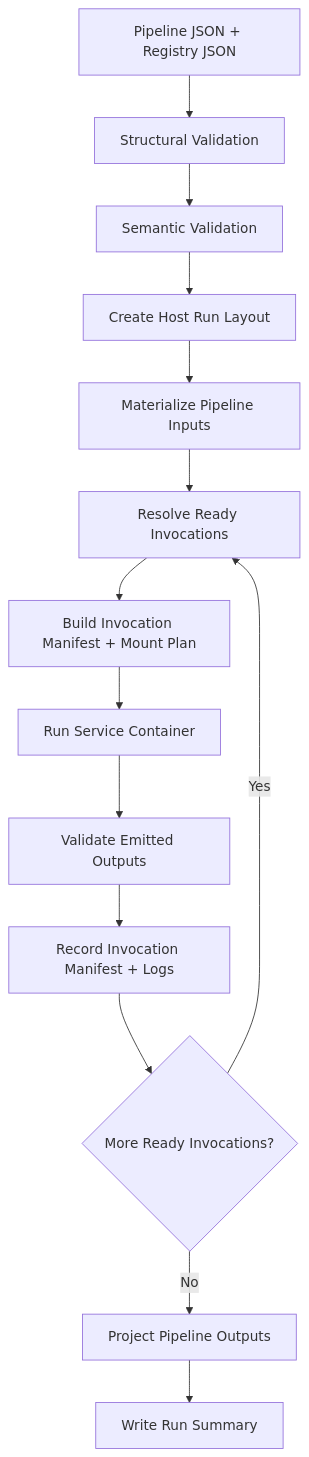
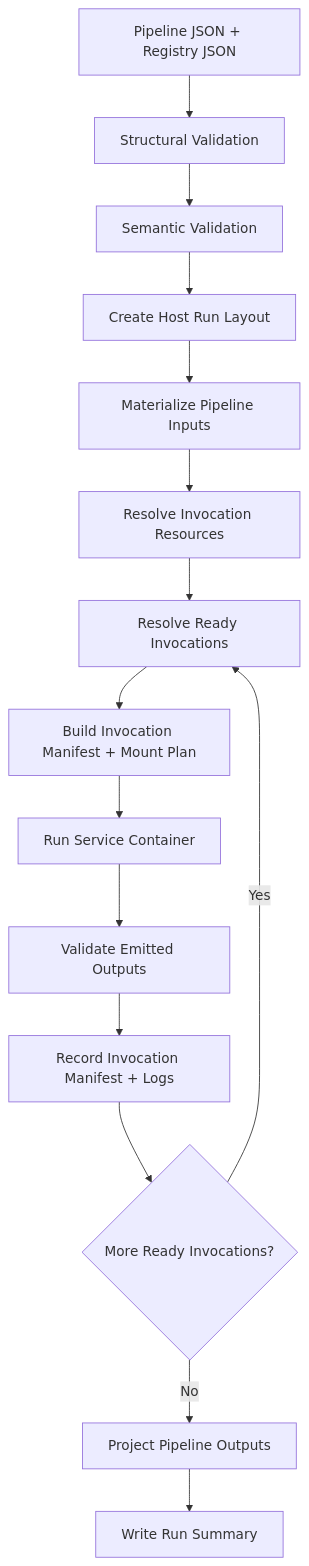
The diagram in docs/components/engine/linksmith-engine.md (LiamCarver/LinkSmith), drawn with Mermaid before and after one commit. The commit also changed other lines of this file and 3 other files, not shown here.

Commit message:
Model invocation-scoped pipeline resources

````diff
--- a/docs/components/engine/linksmith-engine.md
+++ b/docs/components/engine/linksmith-engine.md
@@ -266,16 +275,17 @@
 ```mermaid
 flowchart TD
     A["Pipeline JSON + Registry JSON"] --> B["Structural Validation"]
     B --> C["Semantic Validation"]
     C --> D["Create Host Run Layout"]
     D --> E["Materialize Pipeline Inputs"]
-    E --> F["Resolve Ready Invocations"]
-    F --> G["Build Invocation Manifest + Mount Plan"]
-    G --> H["Run Service Container"]
-    H --> I["Validate Emitted Outputs"]
-    I --> J["Record Invocation Manifest + Logs"]
-    J --> K{"More Ready Invocations?"}
-    K -->|Yes| F
-    K -->|No| L["Project Pipeline Outputs"]
-    L --> M["Write Run Summary"]
+    E --> F["Resolve Invocation Resources"]
+    F --> G["Resolve Ready Invocations"]
+    G --> H["Build Invocation Manifest + Mount Plan"]
+    H --> I["Run Service Container"]
+    I --> J["Validate Emitted Outputs"]
+    J --> K["Record Invocation Manifest + Logs"]
+    K --> L{"More Ready Invocations?"}
+    L -->|Yes| G
+    L -->|No| M["Project Pipeline Outputs"]
+    M --> N["Write Run Summary"]
 ```
````
